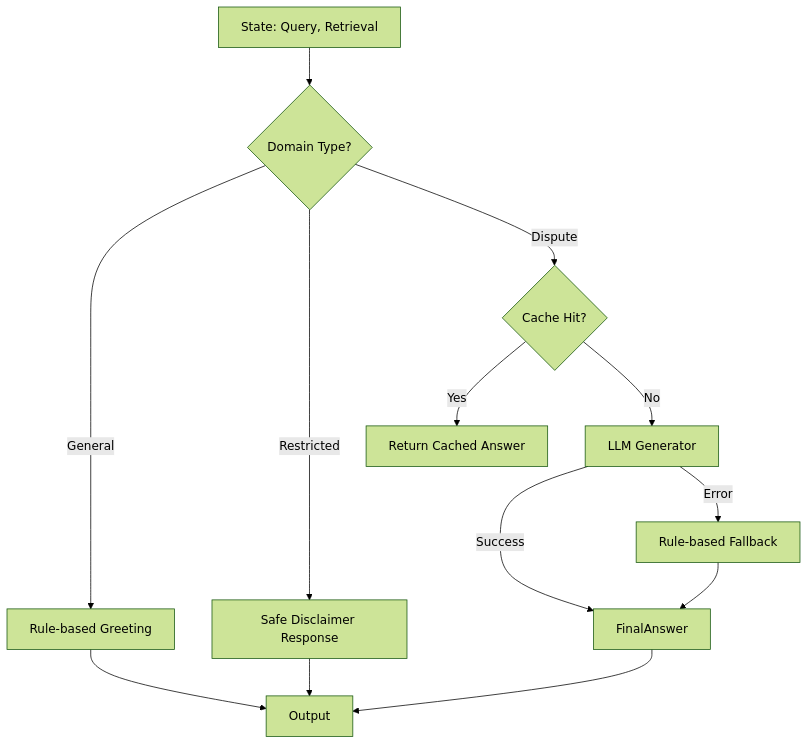
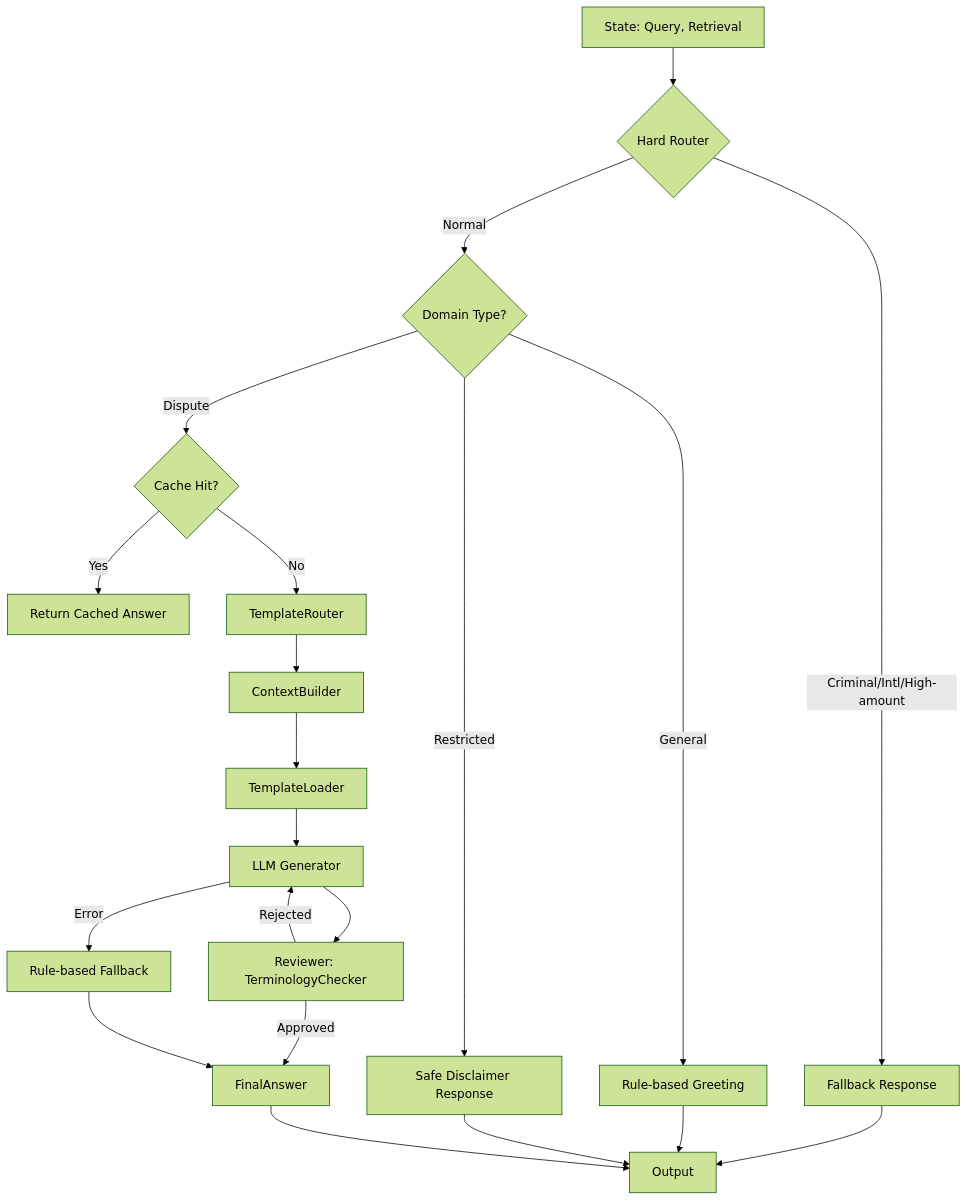
One commit to Maroco0109/Ddoksori changed the diagram in backend/app/agents/answer_generation/README.md. Above: the diagram before and after it, drawn with Mermaid (forest theme). The commit also changed other lines of this file and 18 other files, not shown here.

````diff
--- a/backend/app/agents/answer_generation/README.md
+++ b/backend/app/agents/answer_generation/README.md
@@ -19,19 +38,30 @@
 ```mermaid
 flowchart TD
-    Input[State: Query, Retrieval] --> Router{Domain Type?}
-    
+    Input[State: Query, Retrieval] --> HardRouter{Hard Router}
+
+    HardRouter -- Criminal/Intl/High-amount --> Fallback[Fallback Response]
+    HardRouter -- Normal --> Router{Domain Type?}
+
     Router -- General --> GeneralRule[Rule-based Greeting]
     Router -- Restricted --> RestrictedResp[Safe Disclaimer Response]
     Router -- Dispute --> CacheCheck{Cache Hit?}
-    
+
     CacheCheck -- Yes --> CachedResp[Return Cached Answer]
-    CacheCheck -- No --> Generator[LLM Generator]
-    
-    Generator -- Success --> FinalAnswer
-    Generator -- Error --> Fallback[Rule-based Fallback]
-    
-    Fallback --> FinalAnswer
+    CacheCheck -- No --> TemplateRouter[TemplateRouter]
+
+    TemplateRouter --> ContextBuilder[ContextBuilder]
+    ContextBuilder --> TemplateLoader[TemplateLoader]
+    TemplateLoader --> Generator[LLM Generator]
+
+    Generator --> Reviewer[Reviewer: TerminologyChecker]
+    Reviewer -- Rejected --> Generator
+    Reviewer -- Approved --> FinalAnswer
+
+    Generator -- Error --> RuleFallback[Rule-based Fallback]
+
+    RuleFallback --> FinalAnswer
+    Fallback --> Output
     GeneralRule --> Output
     RestrictedResp --> Output
     FinalAnswer --> Output
 ```
````
